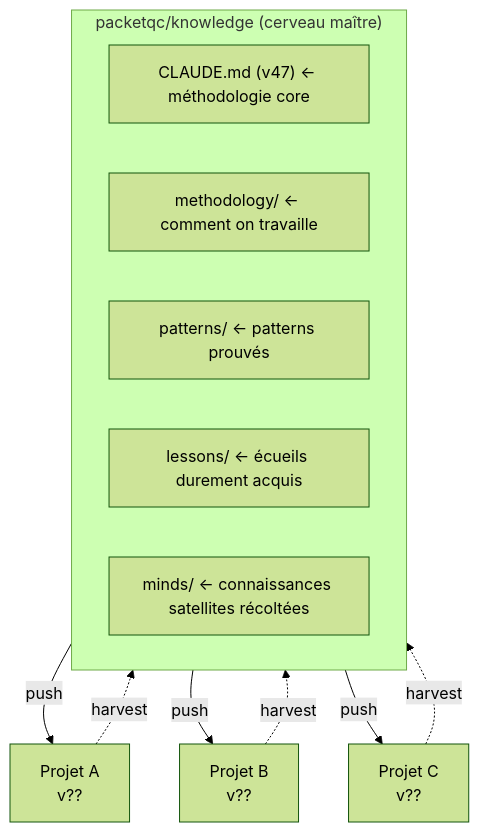
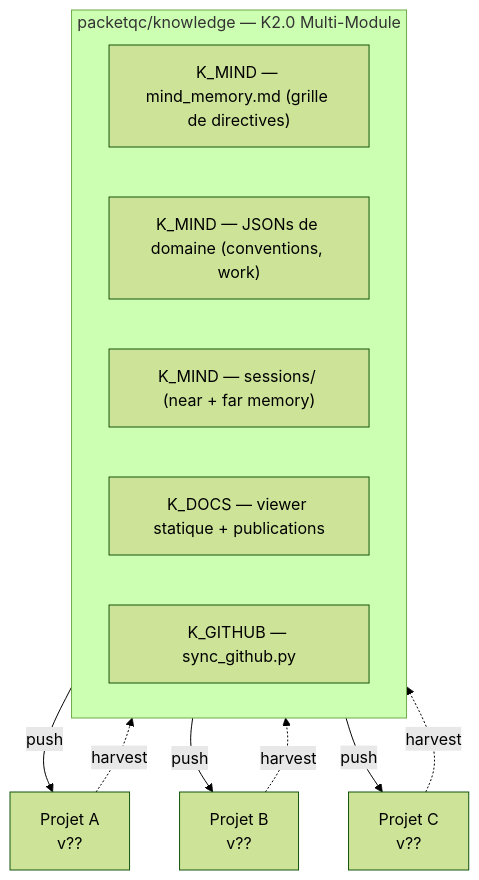
One commit to packetqc/K_DOCS changed the first of 2 diagrams in docs/fr/publications/distributed-knowledge-dashboard/full/index.md. Above: the diagram before and after it, drawn with Mermaid (forest theme). The commit also changed other lines of this file and 1 other file, not shown here.

Commit message:
docs: update distributed-knowledge-dashboard mermaid to K2.0
Replace monolithic master mind and insight lifecycle diagrams with
K2.0 multi-module structure and conventions.json/mind_memory.md flow.

````diff
--- a/docs/fr/publications/distributed-knowledge-dashboard/full/index.md
+++ b/docs/fr/publications/distributed-knowledge-dashboard/full/index.md
@@ -240,18 +240,18 @@
 ```mermaid
 flowchart TB
-    subgraph MASTER["packetqc/knowledge (cerveau maître)"]
-        M1["CLAUDE.md (v47) ← méthodologie core"]
-        M2["methodology/ ← comment on travaille"]
-        M3["patterns/ ← patterns prouvés"]
-        M4["lessons/ ← écueils durement acquis"]
-        M5["minds/ ← connaissances satellites récoltées"]
+    subgraph MASTER["packetqc/knowledge — K2.0 Multi-Module"]
+        M1["K_MIND — mind_memory.md (grille de directives)"]
+        M2["K_MIND — JSONs de domaine (conventions, work)"]
+        M3["K_MIND — sessions/ (near + far memory)"]
+        M4["K_DOCS — viewer statique + publications"]
+        M5["K_GITHUB — sync_github.py"]
     end
 
     MASTER -- "push" --> PA["Projet A\nv??"]
     MASTER -- "push" --> PB["Projet B\nv??"]
     MASTER -- "push" --> PC["Projet C\nv??"]
 
     PA -. "harvest" .-> MASTER
     PB -. "harvest" .-> MASTER
     PC -. "harvest" .-> MASTER
 ```
````
